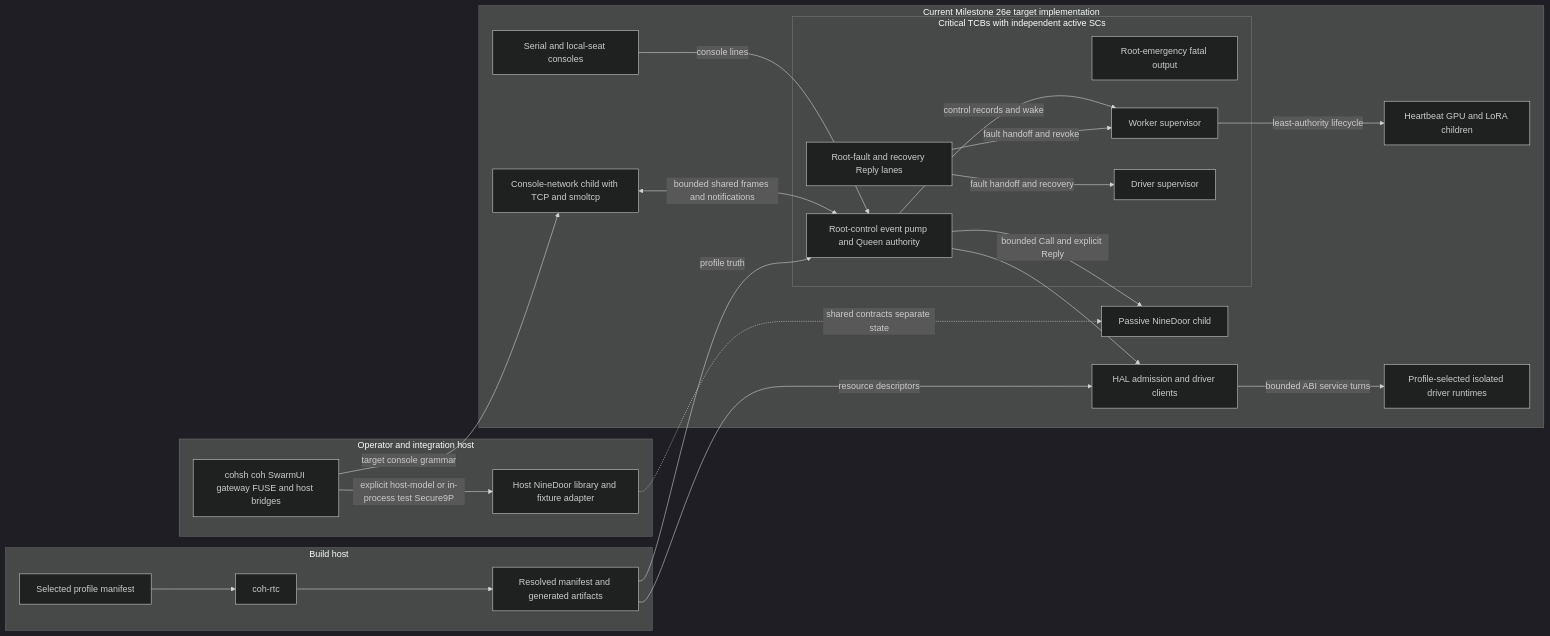
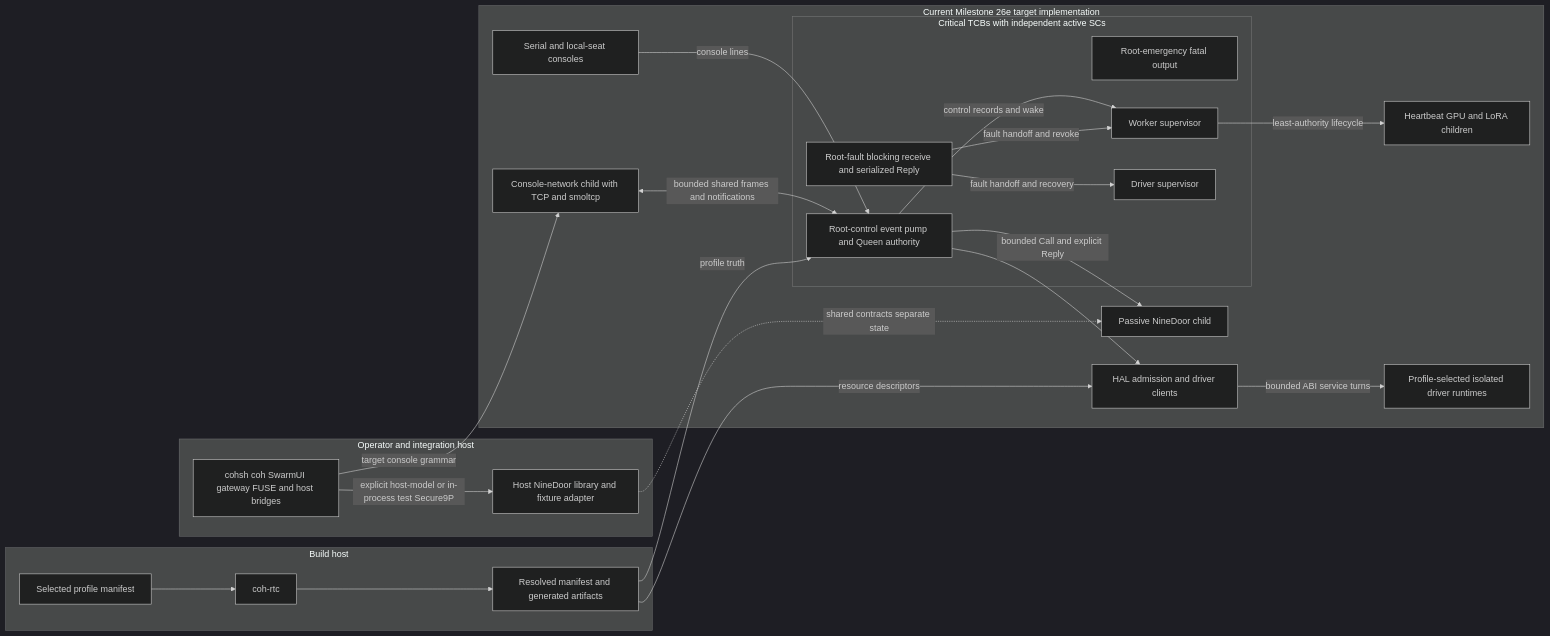
Before and after one commit to lukeb-aidev/cohesix: the first of 4 diagrams in docs/ARCHITECTURE.md, drawn with Mermaid (dark theme). The commit also changed other lines of this file and 51 other files, not shown here.

Commit message:
fix: serialize MCS root fault reception

````diff
--- a/docs/ARCHITECTURE.md
+++ b/docs/ARCHITECTURE.md
@@ -142,46 +142,46 @@
 ```mermaid
 flowchart LR
   subgraph BuildHost[Build host]
     Manifest[Selected profile manifest]
     Compiler[coh-rtc]
     Generated[Resolved manifest and generated artifacts]
     Manifest --> Compiler --> Generated
   end
 
   subgraph OperatorHost[Operator and integration host]
     HostClients[cohsh coh SwarmUI gateway FUSE and host bridges]
     HostNineDoor[Host NineDoor library and fixture adapter]
     HostClients -->|explicit host-model or in-process test Secure9P| HostNineDoor
   end
 
   subgraph Target[Current Milestone 26e target implementation]
     Serial[Serial and local-seat consoles]
     subgraph Critical[Critical TCBs with independent active SCs]
       EventPump[Root-control event pump and Queen authority]
-      RootFault[Root-fault and recovery Reply lanes]
+      RootFault[Root-fault blocking receive and serialized Reply]
       Emergency[Root-emergency fatal output]
       WorkerSupervisor[Worker supervisor]
       DriverSupervisor[Driver supervisor]
     end
     ConsoleChild[Console-network child with TCP and smoltcp]
     NineDoorChild[Passive NineDoor child]
     Workers[Heartbeat GPU and LoRA children]
     Hal[HAL admission and driver clients]
     Drivers[Profile-selected isolated driver runtimes]
 
     Serial -->|console lines| EventPump
     ConsoleChild <-->|bounded shared frames and notifications| EventPump
     EventPump -->|bounded Call and explicit Reply| NineDoorChild
     EventPump -->|control records and wake| WorkerSupervisor
     RootFault -->|fault handoff and revoke| WorkerSupervisor
     WorkerSupervisor -->|least-authority lifecycle| Workers
     RootFault -->|fault handoff and recovery| DriverSupervisor
     EventPump --> Hal
     Hal -->|bounded ABI service turns| Drivers
   end
 
   Generated -->|profile truth| EventPump
   Generated -->|resource descriptors| Hal
   HostClients -->|target console grammar| ConsoleChild
   HostNineDoor -.->|shared contracts separate state| NineDoorChild
 ```
````
